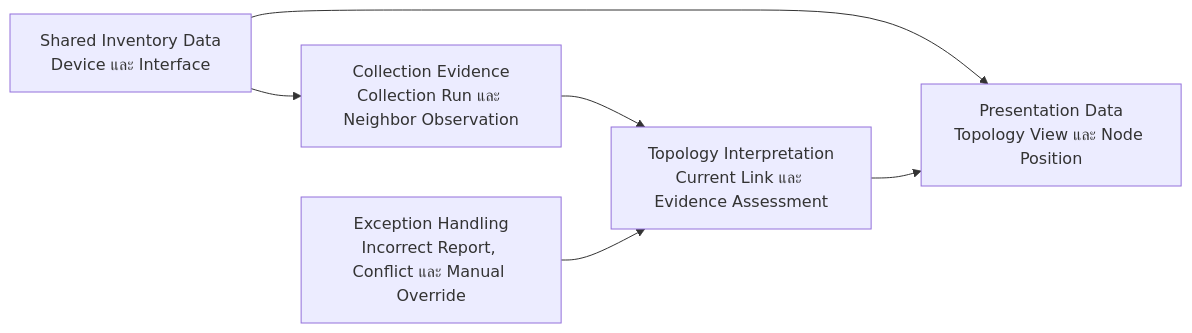
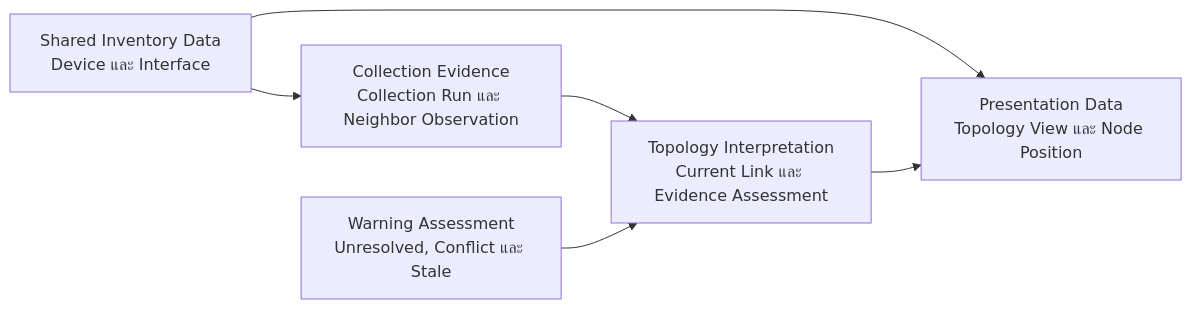
Before and after one commit to napgat/NyNetMate-Research: the first of 2 diagrams in 02_feature/03_Network Topology Visualization/02_Database Schema.md, drawn with Mermaid. The commit also changed other lines of this file and 19 other files, not shown here.

````diff
--- a/02_feature/03_Network Topology Visualization/02_Database Schema.md
+++ b/02_feature/03_Network Topology Visualization/02_Database Schema.md
@@ -39,14 +41,14 @@
 ```mermaid
 flowchart LR
     A["Shared Inventory Data<br/>Device และ Interface"]
     B["Collection Evidence<br/>Collection Run และ Neighbor Observation"]
     C["Topology Interpretation<br/>Current Link และ Evidence Assessment"]
-    D["Exception Handling<br/>Incorrect Report, Conflict และ Manual Override"]
+    D["Warning Assessment<br/>Unresolved, Conflict และ Stale"]
     E["Presentation Data<br/>Topology View และ Node Position"]
 
     A --> B
     B --> C
     D --> C
     A --> E
     C --> E
 ```
````
